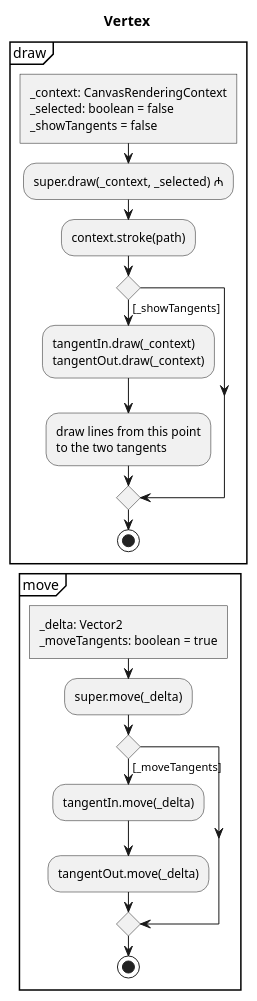
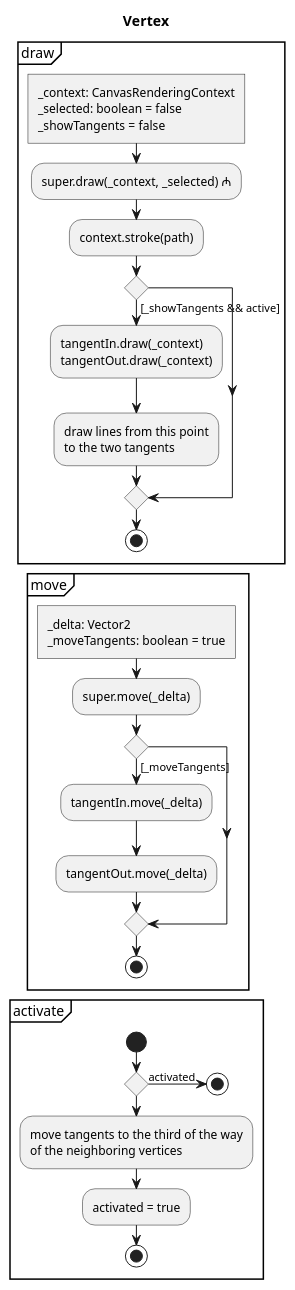
The diagram in Experiments/Lukas/VectorEditor/concept/Activities/DrawTypes/Vertex.puml (JirkaDellOro/FUDGE), drawn with PlantUML before and after one commit. The commit also changed 9 other files, not shown here.

```diff
--- a/Experiments/Lukas/VectorEditor/concept/Activities/DrawTypes/Vertex.puml
+++ b/Experiments/Lukas/VectorEditor/concept/Activities/DrawTypes/Vertex.puml
@@ -1,32 +1,43 @@
 @startuml Vertex
 skinparam monochrome true
 
 title Vertex
 
 partition draw {
 	:_context: CanvasRenderingContext
 	_selected: boolean = false
 	_showTangents = false]
 	:super.draw(_context, _selected) ₼;
 	:context.stroke(path);
-	if() then ([_showTangents])
+	if() then ([_showTangents && active])
 		:tangentIn.draw(_context)
 		tangentOut.draw(_context);
 
 		:draw lines from this point
 		to the two tangents;
 	endif
 	stop 
 }
 
 partition move {
 	:_delta: Vector2
 	_moveTangents: boolean = true]
 	:super.move(_delta);
 	if() then ([_moveTangents])
 		:tangentIn.move(_delta);
 		:tangentOut.move(_delta);
 	endif
 	stop
 }
+
+partition activate{
+	start
+	if() then (activated)
+		stop
+	endif
+	:move tangents to the third of the way
+	of the neighboring vertices;
+	:activated = true;
+	stop
+}
 @enduml
```
